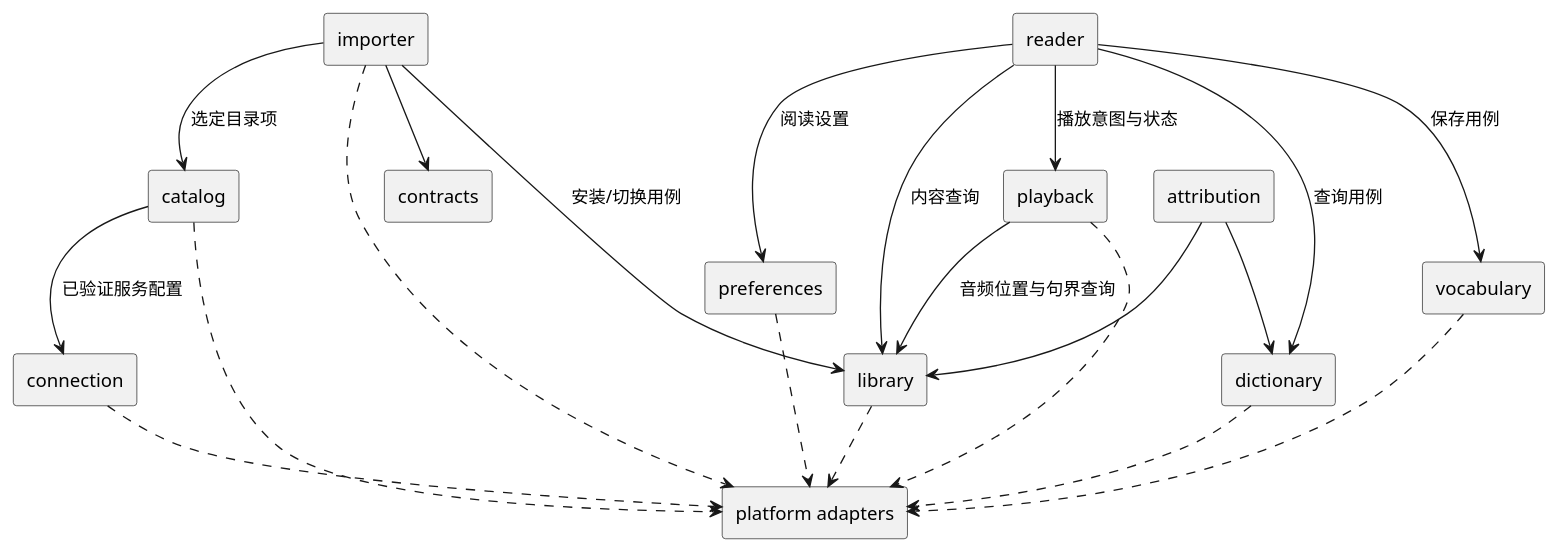
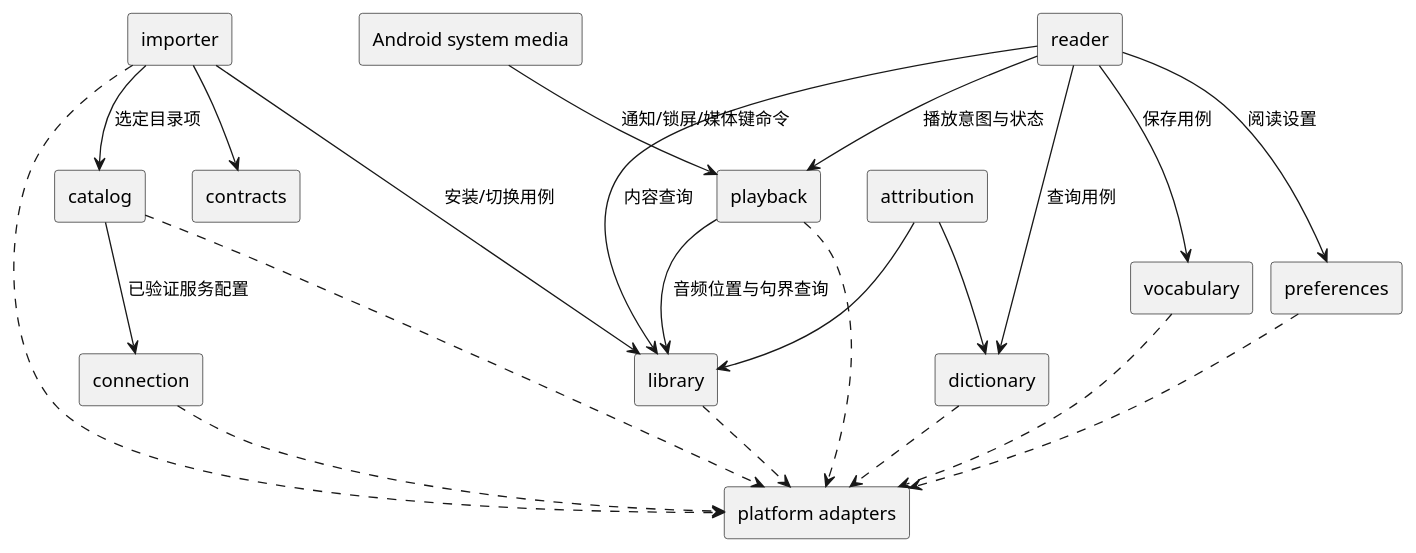
Before and after one commit to Mort2000/engirdle: the fourth of 5 diagrams in .scratch/mvp/mvp_module_architecture.md, drawn with PlantUML. The commit also changed other lines of this file and 5 other files, not shown here.

````diff
--- a/.scratch/mvp/mvp_module_architecture.md
+++ b/.scratch/mvp/mvp_module_architecture.md
@@ -486,41 +487,43 @@
 ```plantuml
 @startuml
 skinparam componentStyle rectangle
 skinparam shadowing false
 
 [connection] as Connection
 [catalog] as Catalog
 [importer] as Importer
 [library] as Library
 [reader] as Reader
 [playback] as Playback
 [dictionary] as Dictionary
 [vocabulary] as Vocabulary
 [preferences] as Preferences
 [attribution] as Attribution
 [contracts] as Contracts
 [platform adapters] as Platform
+[Android system media] as SystemMedia
 
 Catalog --> Connection : 已验证服务配置
 Importer --> Catalog : 选定目录项
 Importer --> Contracts
 Importer --> Library : 安装/切换用例
 Reader --> Library : 内容查询
 Reader --> Playback : 播放意图与状态
 Reader --> Dictionary : 查询用例
 Reader --> Vocabulary : 保存用例
 Reader --> Preferences : 阅读设置
 Playback --> Library : 音频位置与句界查询
+SystemMedia --> Playback : 通知/锁屏/媒体键命令
 Attribution --> Library
 Attribution --> Dictionary
 
 Connection ..> Platform
 Catalog ..> Platform
 Importer ..> Platform
 Library ..> Platform
 Playback ..> Platform
 Dictionary ..> Platform
 Vocabulary ..> Platform
 Preferences ..> Platform
 @enduml
 ```
````
